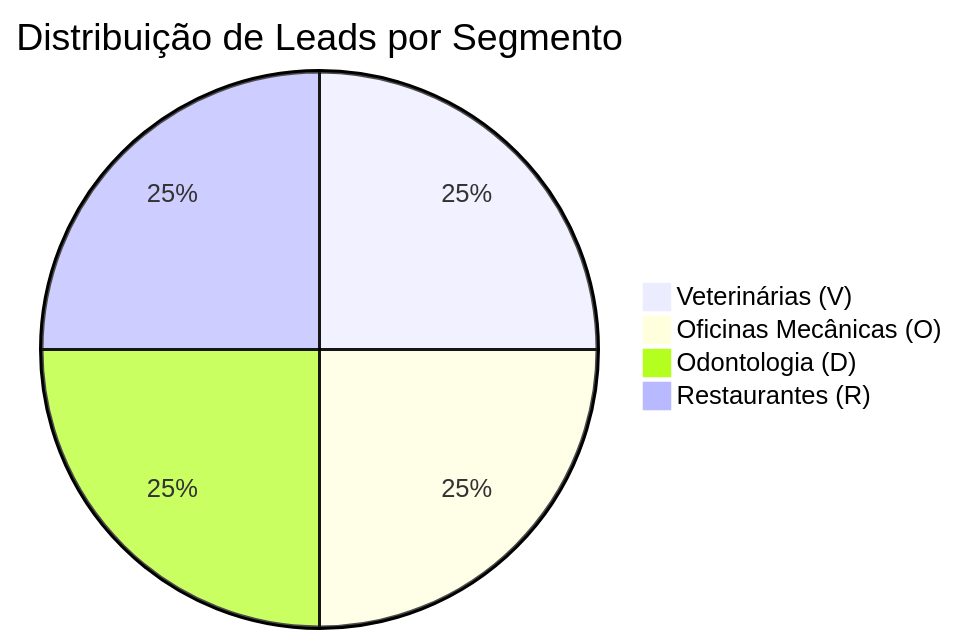
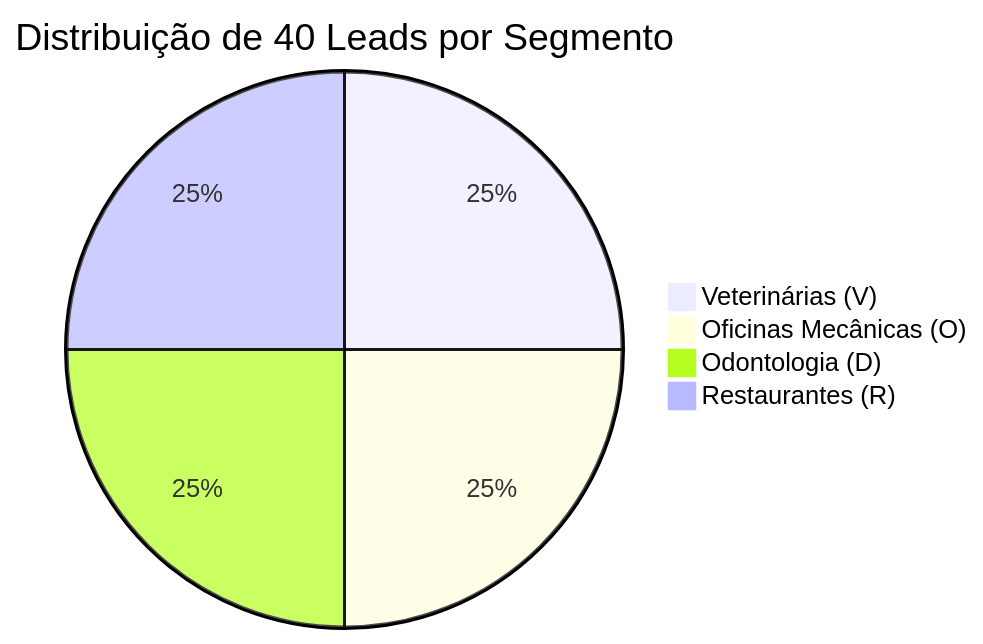
One commit to leoferrazdev/leonardo-brasil changed the diagram in cofre-leonardo-brasil/4. Prospecção, Método e Framework/Base de 40 Leads Auditados de Porto Alegre.md. Above: the diagram before and after it, drawn with Mermaid. The commit also changed other lines of this file and 3 other files, not shown here.

````diff
--- a/cofre-leonardo-brasil/4. Prospecção, Método e Framework/Base de 40 Leads Auditados de Porto Alegre.md
+++ b/cofre-leonardo-brasil/4. Prospecção, Método e Framework/Base de 40 Leads Auditados de Porto Alegre.md
@@ -24,7 +45,7 @@
 ```mermaid
-pie title Distribuição de Leads por Segmento
+pie title Distribuição de 40 Leads por Segmento
     "Veterinárias (V)" : 10
     "Oficinas Mecânicas (O)" : 10
     "Odontologia (D)" : 10
     "Restaurantes (R)" : 10
 ```
````
